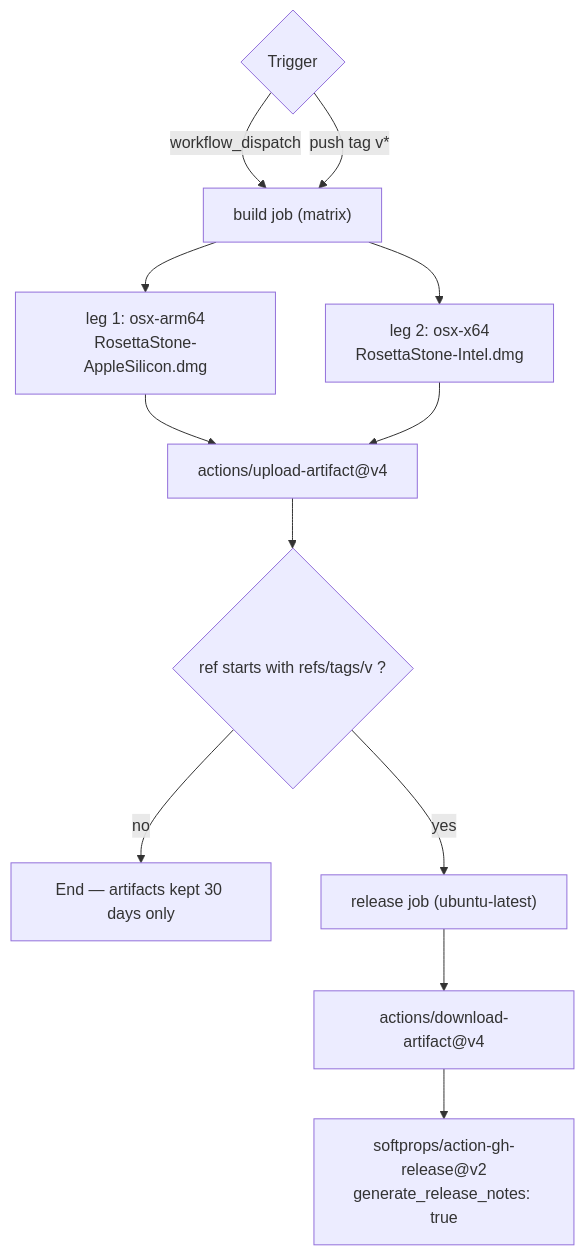
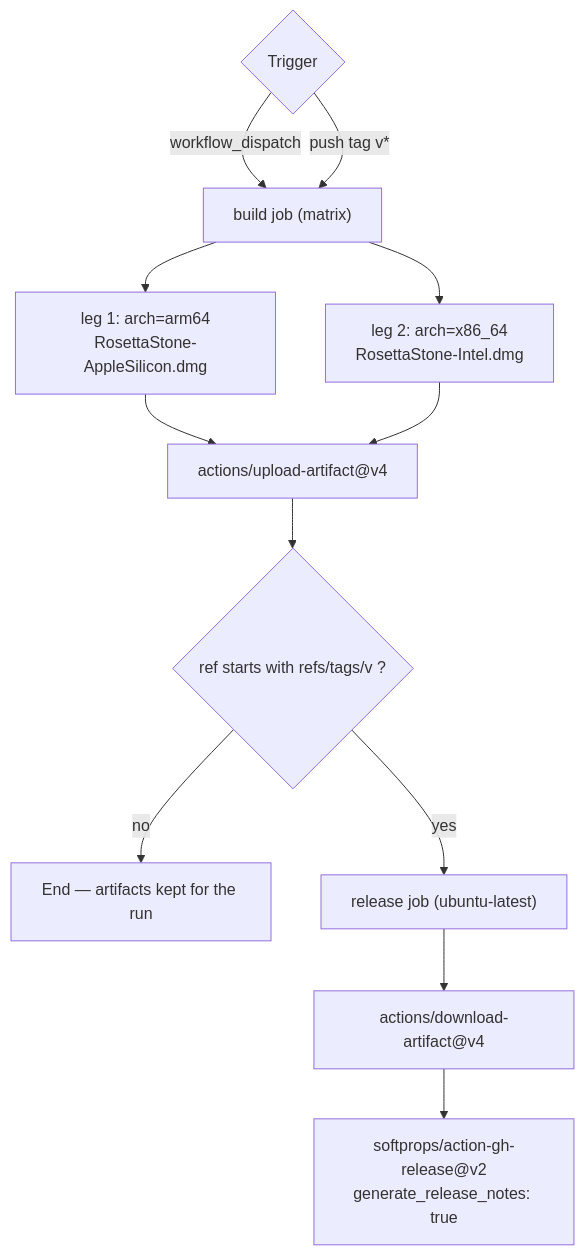
One commit to pppoipoit/Rosetta_Stone changed the diagram in docs/CI-CD.md. Above: the diagram before and after it, drawn with Mermaid. The commit also changed other lines of this file and 2 other files, not shown here.

````diff
--- a/docs/CI-CD.md
+++ b/docs/CI-CD.md
@@ -11,14 +18,14 @@
 ```mermaid
 flowchart TD
     A{"Trigger"} -->|workflow_dispatch| B["build job (matrix)"]
     A -->|"push tag v*"| B
-    B --> C1["leg 1: osx-arm64<br/>RosettaStone-AppleSilicon.dmg"]
-    B --> C2["leg 2: osx-x64<br/>RosettaStone-Intel.dmg"]
+    B --> C1["leg 1: arch=arm64<br/>RosettaStone-AppleSilicon.dmg"]
+    B --> C2["leg 2: arch=x86_64<br/>RosettaStone-Intel.dmg"]
     C1 --> D["actions/upload-artifact@v4"]
     C2 --> D
     D --> E{"ref starts with refs/tags/v ?"}
-    E -- no --> F["End — artifacts kept 30 days only"]
+    E -- no --> F["End — artifacts kept for the run"]
     E -- yes --> G["release job (ubuntu-latest)"]
     G --> H["actions/download-artifact@v4"]
     H --> I["softprops/action-gh-release@v2<br/>generate_release_notes: true"]
 ```
````
